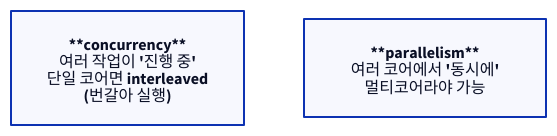
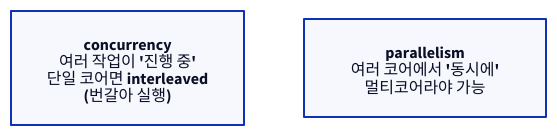
Before and after one commit to humbleowl39/DV_SKOOL: the third of 3 diagrams in starlight_site/src/content/docs/os_for_dv/02_process_scheduling.md, drawn with D2. The commit also changed 714 other files, not shown here.

First line of the commit message:
fix(site): d2 다이어그램 가독성 결함 6종 일괄 수정

````diff
--- a/starlight_site/src/content/docs/os_for_dv/02_process_scheduling.md
+++ b/starlight_site/src/content/docs/os_for_dv/02_process_scheduling.md
@@ -112,6 +112,6 @@
 ```d2
 direction: down
 
-C: "**concurrency**\n여러 작업이 '진행 중'\n단일 코어면 interleaved\n(번갈아 실행)"
-P: "**parallelism**\n여러 코어에서 '동시에'\n멀티코어라야 가능"
+C: "concurrency\n여러 작업이 '진행 중'\n단일 코어면 interleaved\n(번갈아 실행)"
+P: "parallelism\n여러 코어에서 '동시에'\n멀티코어라야 가능"
 ```
````
